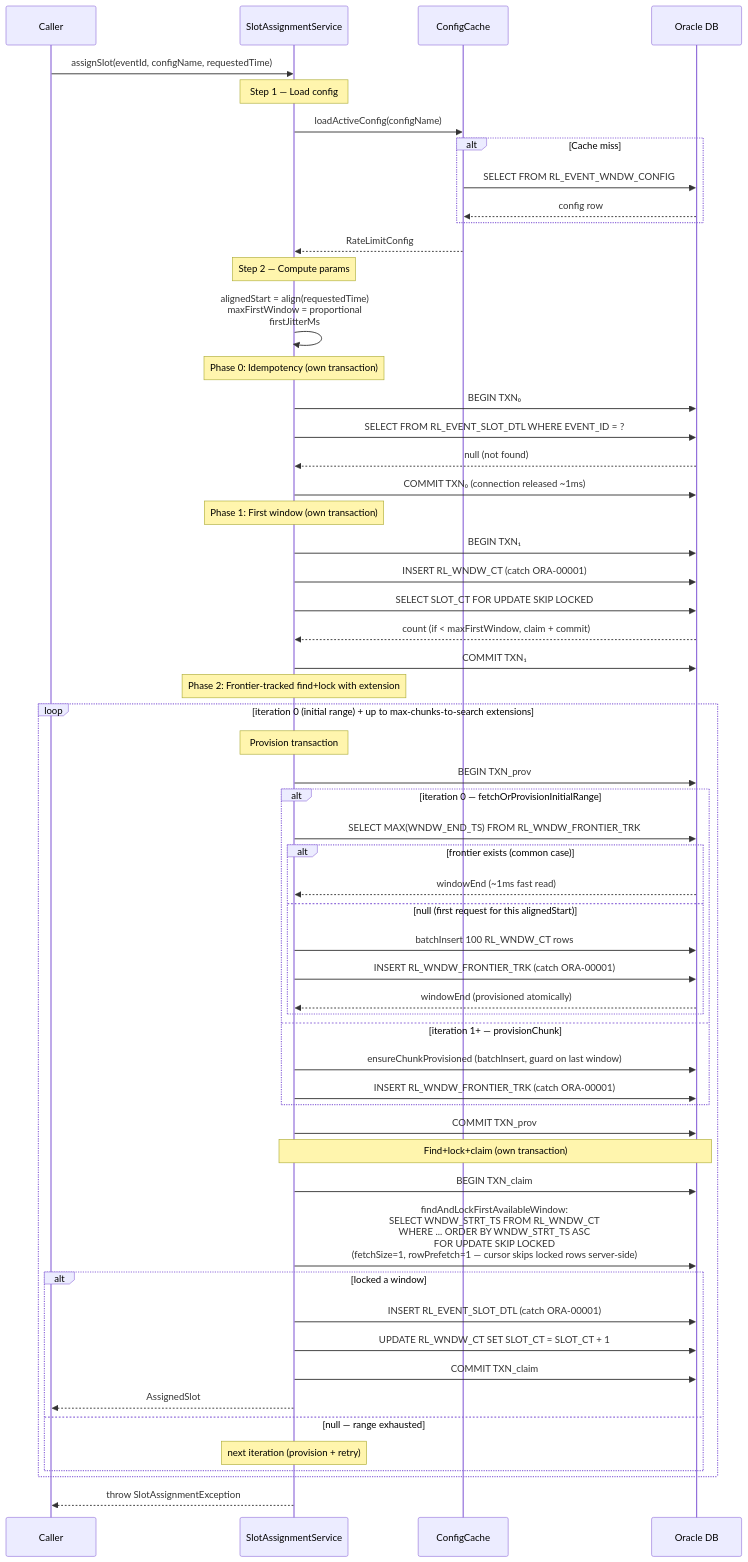
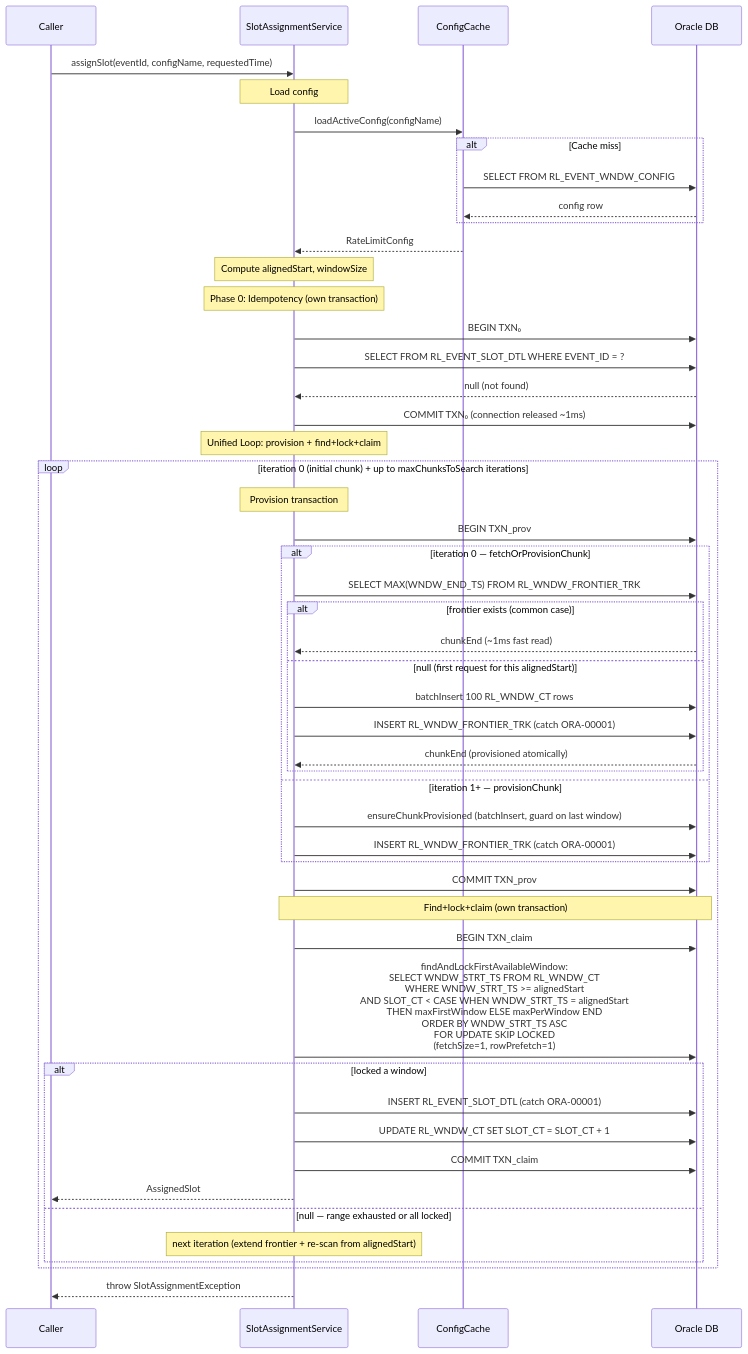
The first of 2 diagrams in README.md (arunav-bhattacharya/rate-limiter), drawn with Mermaid before and after one commit. The commit also changed other lines of this file and 9 other files, not shown here.

````diff
--- a/README.md
+++ b/README.md
@@ -361,66 +338,58 @@
 ```mermaid
 sequenceDiagram
     participant Caller
     participant SAS as SlotAssignmentService
     participant Cache as ConfigCache
     participant DB as Oracle DB
 
     Caller->>SAS: assignSlot(eventId, configName, requestedTime)
 
-    Note over SAS: Step 1 — Load config
+    Note over SAS: Load config
     SAS->>Cache: loadActiveConfig(configName)
     alt Cache miss
         Cache->>DB: SELECT FROM RL_EVENT_WNDW_CONFIG
         DB-->>Cache: config row
     end
     Cache-->>SAS: RateLimitConfig
 
-    Note over SAS: Step 2 — Compute params
-    SAS->>SAS: alignedStart = align(requestedTime)<br/>maxFirstWindow = proportional<br/>firstJitterMs
+    Note over SAS: Compute alignedStart, windowSize
 
     Note over SAS: Phase 0: Idempotency (own transaction)
     SAS->>DB: BEGIN TXN₀
     SAS->>DB: SELECT FROM RL_EVENT_SLOT_DTL WHERE EVENT_ID = ?
     DB-->>SAS: null (not found)
     SAS->>DB: COMMIT TXN₀ (connection released ~1ms)
 
-    Note over SAS: Phase 1: First window (own transaction)
-    SAS->>DB: BEGIN TXN₁
-    SAS->>DB: INSERT RL_WNDW_CT (catch ORA-00001)
-    SAS->>DB: SELECT SLOT_CT FOR UPDATE SKIP LOCKED
-    DB-->>SAS: count (if < maxFirstWindow, claim + commit)
-    SAS->>DB: COMMIT TXN₁
-
-    Note over SAS: Phase 2: Frontier-tracked find+lock with extension
-    loop iteration 0 (initial range) + up to max-chunks-to-search extensions
+    Note over SAS: Unified Loop: provision + find+lock+claim
+    loop iteration 0 (initial chunk) + up to maxChunksToSearch iterations
         Note over SAS: Provision transaction
         SAS->>DB: BEGIN TXN_prov
-        alt iteration 0 — fetchOrProvisionInitialRange
+        alt iteration 0 — fetchOrProvisionChunk
             SAS->>DB: SELECT MAX(WNDW_END_TS) FROM RL_WNDW_FRONTIER_TRK
             alt frontier exists (common case)
-                DB-->>SAS: windowEnd (~1ms fast read)
+                DB-->>SAS: chunkEnd (~1ms fast read)
             else null (first request for this alignedStart)
                 SAS->>DB: batchInsert 100 RL_WNDW_CT rows
                 SAS->>DB: INSERT RL_WNDW_FRONTIER_TRK (catch ORA-00001)
-                DB-->>SAS: windowEnd (provisioned atomically)
+                DB-->>SAS: chunkEnd (provisioned atomically)
             end
         else iteration 1+ — provisionChunk
             SAS->>DB: ensureChunkProvisioned (batchInsert, guard on last window)
             SAS->>DB: INSERT RL_WNDW_FRONTIER_TRK (catch ORA-00001)
         end
         SAS->>DB: COMMIT TXN_prov
 
         Note over SAS,DB: Find+lock+claim (own transaction)
         SAS->>DB: BEGIN TXN_claim
-        SAS->>DB: findAndLockFirstAvailableWindow:<br/>SELECT WNDW_STRT_TS FROM RL_WNDW_CT<br/>WHERE ... ORDER BY WNDW_STRT_TS ASC<br/>FOR UPDATE SKIP LOCKED<br/>(fetchSize=1, rowPrefetch=1 — cursor skips locked rows server-side)
+        SAS->>DB: findAndLockFirstAvailableWindow:<br/>SELECT WNDW_STRT_TS FROM RL_WNDW_CT<br/>WHERE WNDW_STRT_TS >= alignedStart<br/>AND SLOT_CT < CASE WHEN WNDW_STRT_TS = alignedStart<br/>  THEN maxFirstWindow ELSE maxPerWindow END<br/>ORDER BY WNDW_STRT_TS ASC<br/>FOR UPDATE SKIP LOCKED<br/>(fetchSize=1, rowPrefetch=1)
         alt locked a window
             SAS->>DB: INSERT RL_EVENT_SLOT_DTL (catch ORA-00001)
             SAS->>DB: UPDATE RL_WNDW_CT SET SLOT_CT = SLOT_CT + 1
             SAS->>DB: COMMIT TXN_claim
             SAS-->>Caller: AssignedSlot
-        else null — range exhausted
-            Note over SAS: next iteration (provision + retry)
+        else null — range exhausted or all locked
+            Note over SAS: next iteration (extend frontier + re-scan from alignedStart)
         end
     end
     SAS-->>Caller: throw SlotAssignmentException
 ```
````
